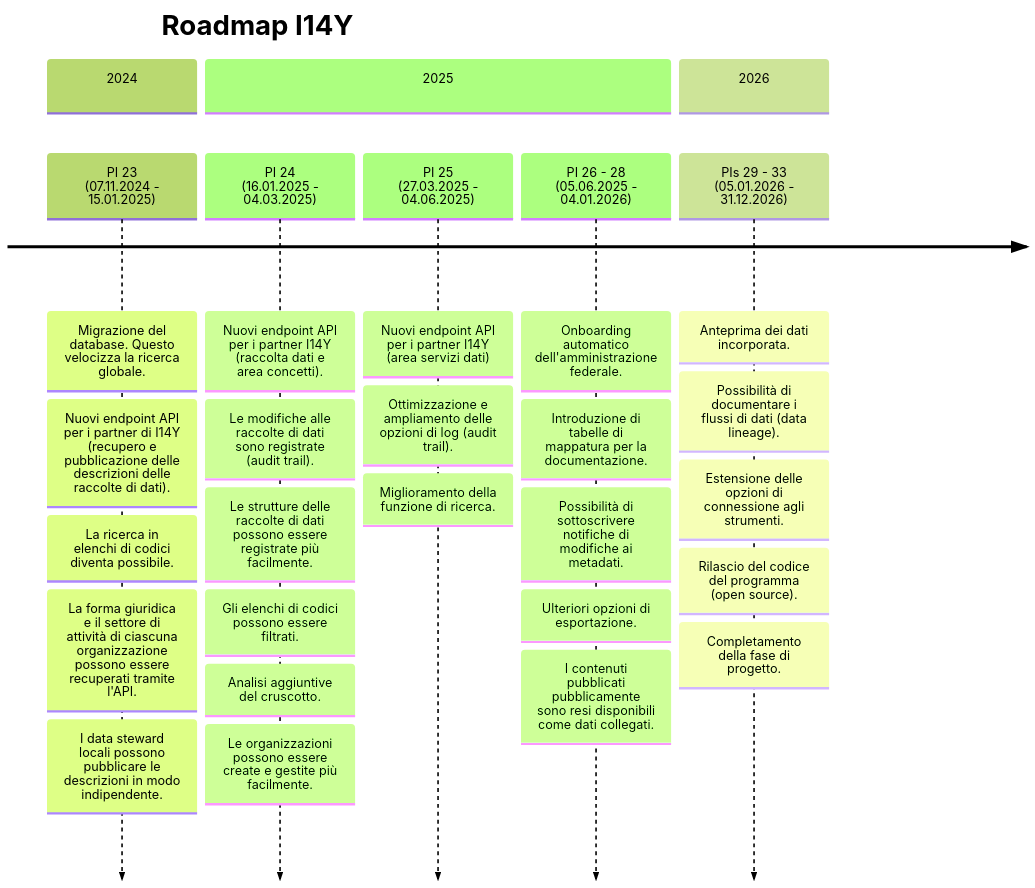
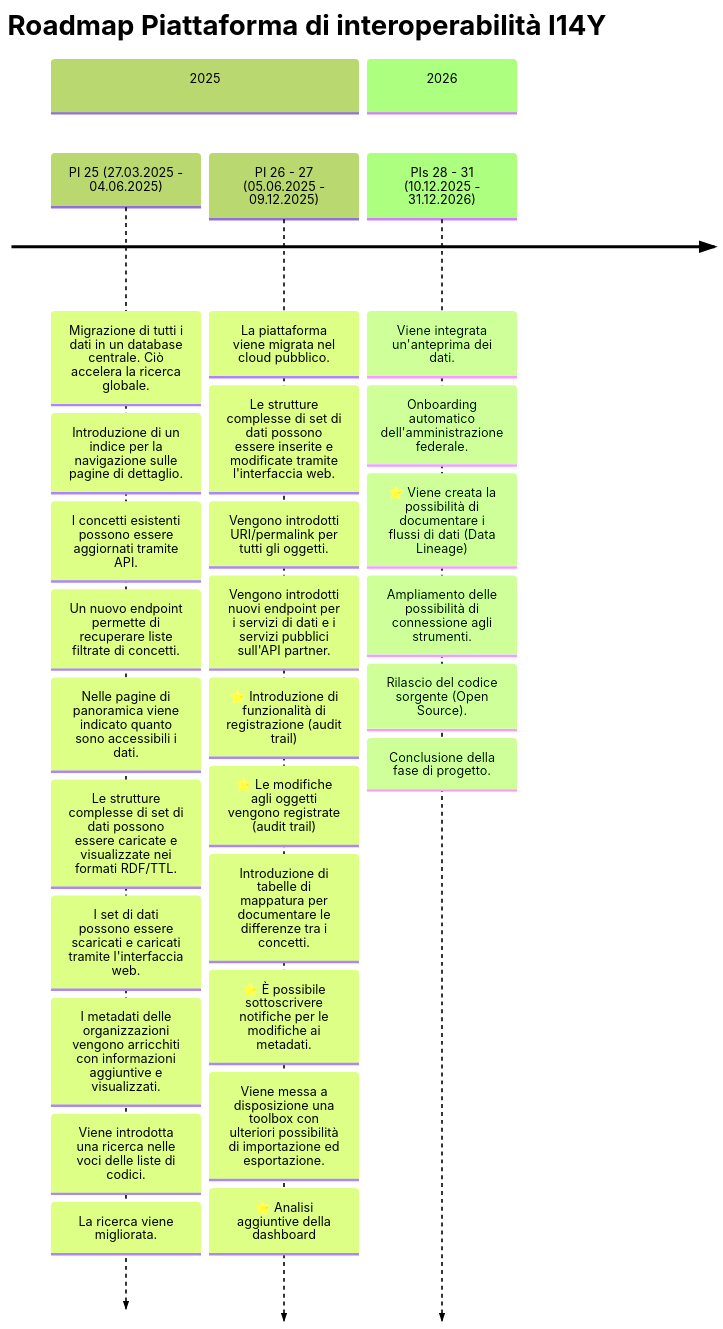
One commit to I14Y-ch/handbook changed the diagram in content/it/piattaforma/roadmap.md. Above: the diagram before and after it, drawn with Mermaid (forest theme). The commit also changed other lines of this file and 2 other files, not shown here.

Commit message:
Updated roadmap FR, IT, EN

````diff
--- a/content/it/piattaforma/roadmap.md
+++ b/content/it/piattaforma/roadmap.md
@@ -21,36 +19,38 @@
-```mermaid
-    timeline
-        title Roadmap I14Y
-        section 2024
-        PI 23<br>(07.11.2024 - 15.01.2025) 
-            : Migrazione del database. Questo velocizza la ricerca globale. 
-            : Nuovi endpoint API per i partner di I14Y (recupero e pubblicazione delle descrizioni delle raccolte di dati).
-            : La ricerca in elenchi di codici diventa possibile.
-            : La forma giuridica e il settore di attività di ciascuna organizzazione possono essere recuperati tramite l'API. 
-            : I data steward locali possono pubblicare le descrizioni in modo indipendente.
-        section 2025
-        PI 24<br>(16.01.2025 - 04.03.2025)
-            : Nuovi endpoint API per i partner I14Y (raccolta dati e area concetti).
-            : Le modifiche alle raccolte di dati sono registrate (audit trail). 
-            : Le strutture delle raccolte di dati possono essere registrate più facilmente.
-            : Gli elenchi di codici possono essere filtrati. 
-            : Analisi aggiuntive del cruscotto.
-            : Le organizzazioni possono essere create e gestite più facilmente.
-        PI 25<br>(27.03.2025 - 04.06.2025)
-            : Nuovi endpoint API per i partner I14Y (area servizi dati)
-            : Ottimizzazione e ampliamento delle opzioni di log (audit trail).
-            : Miglioramento della funzione di ricerca. 
-        PI 26 - 28<br>(05.06.2025 - 04.01.2026)
-            : Onboarding automatico dell'amministrazione federale. 
-            : Introduzione di tabelle di mappatura per la documentazione. 
-            : Possibilità di sottoscrivere notifiche di modifiche ai metadati. 
-            : Ulteriori opzioni di esportazione.
-            : I contenuti pubblicati pubblicamente sono resi disponibili come dati collegati.
-        section 2026
-        PIs 29 - 33<br>(05.01.2026 - 31.12.2026)
-            : Anteprima dei dati incorporata. 
-            : Possibilità di documentare i flussi di dati (data lineage). 
-            : Estensione delle opzioni di connessione agli strumenti. 
-            : Rilascio del codice del programma (open source). 
-            : Completamento della fase di progetto.
-```
+{{< mermaid width="650px" >}}
+timeline
+    title Roadmap Piattaforma di interoperabilità I14Y
+    
+    section 2025
+        PI 25 (27.03.2025 - 04.06.2025)
+        : Migrazione di tutti i dati in un database centrale. Ciò accelera la ricerca globale.
+        : Introduzione di un indice per la navigazione sulle pagine di dettaglio.
+        : I concetti esistenti possono essere aggiornati tramite API.
+        : Un nuovo endpoint permette di recuperare liste filtrate di concetti.
+        : Nelle pagine di panoramica viene indicato quanto sono accessibili i dati.
+        : Le strutture complesse di set di dati possono essere caricate e visualizzate nei formati RDF/TTL.
+        : I set di dati possono essere scaricati e caricati tramite l'interfaccia web.
+        : I metadati delle organizzazioni vengono arricchiti con informazioni aggiuntive e visualizzati.
+        : Viene introdotta una ricerca nelle voci delle liste di codici.
+        : La ricerca viene migliorata.
+        
+        PI 26 - 27 (05.06.2025 - 09.12.2025)
+        : La piattaforma viene migrata nel cloud pubblico.
+        : Le strutture complesse di set di dati possono essere inserite e modificate tramite l'interfaccia web.
+        : Vengono introdotti URI/permalink per tutti gli oggetti.
+        : Vengono introdotti nuovi endpoint per i servizi di dati e i servizi pubblici sull'API partner.
+        : ⭐ Introduzione di funzionalità di registrazione (audit trail)
+        : ⭐ Le modifiche agli oggetti vengono registrate (audit trail)
+        : Introduzione di tabelle di mappatura per documentare le differenze tra i concetti.
+        : ⭐ È possibile sottoscrivere notifiche per le modifiche ai metadati.
+        : Viene messa a disposizione una toolbox con ulteriori possibilità di importazione ed esportazione.
+        : ⭐ Analisi aggiuntive della dashboard
+  
+    section 2026
+        PIs 28 - 31 (10.12.2025 - 31.12.2026)
+        : Viene integrata un'anteprima dei dati.
+        : Onboarding automatico dell'amministrazione federale.
+        : ⭐ Viene creata la possibilità di documentare i flussi di dati (Data Lineage)
+        : Ampliamento delle possibilità di connessione agli strumenti.
+        : Rilascio del codice sorgente (Open Source).
+        : Conclusione della fase di progetto.
+{{< /mermaid >}}
````
